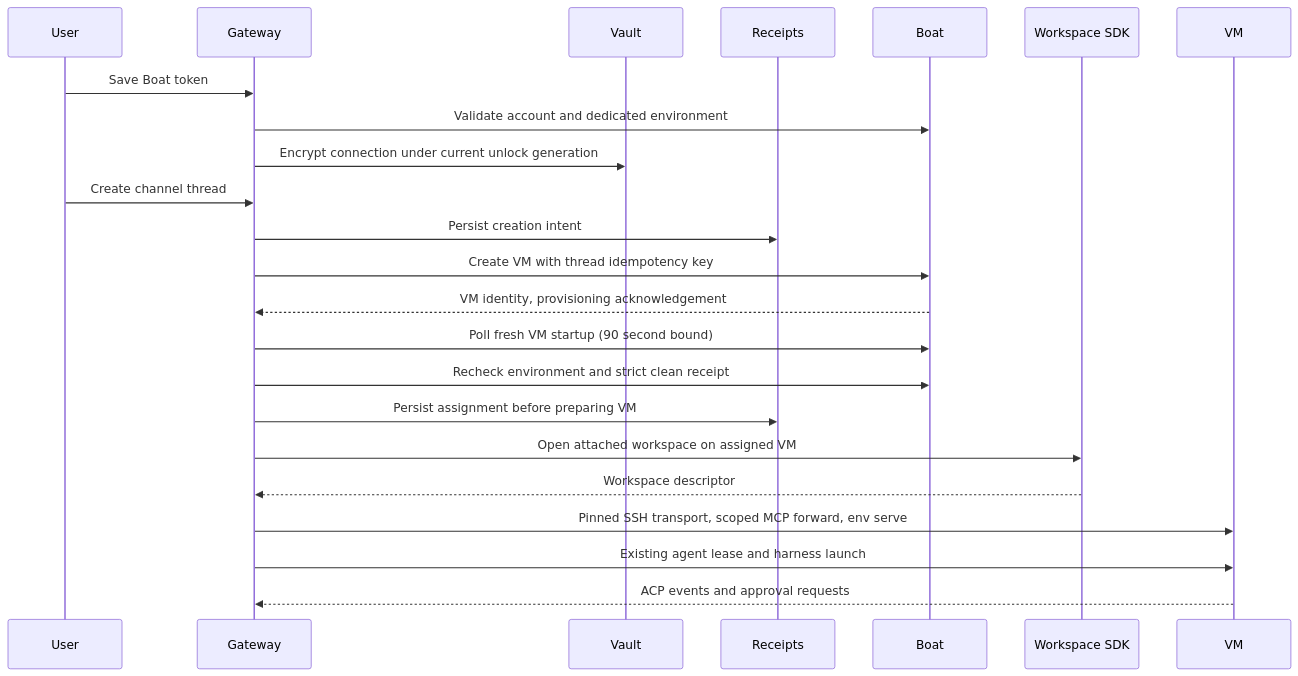
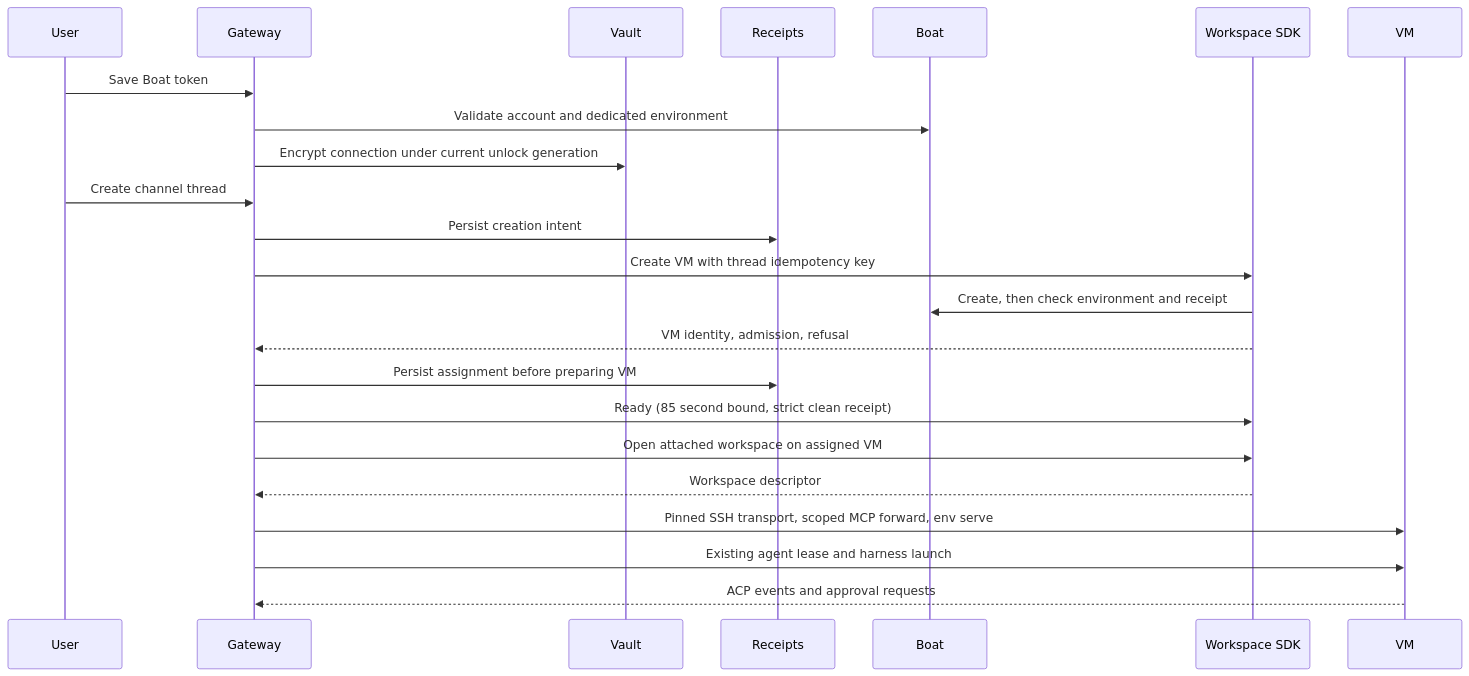
The first of 2 diagrams in docs/adr/todo/1160-boat-workspaces.md (nessalabs/nessa-agent), drawn with Mermaid before and after one commit. The commit also changed other lines of this file and 1 other file, not shown here.

First line of the commit message:
Point the workspace docs at the SDK-owned VM lifecycle

````diff
--- a/docs/adr/todo/1160-boat-workspaces.md
+++ b/docs/adr/todo/1160-boat-workspaces.md
@@ -42,25 +46,25 @@
 ```mermaid
 sequenceDiagram
     participant User
     participant Gateway
     participant Vault
     participant Receipts
     participant Boat
     participant SDK as Workspace SDK
     participant VM
     User->>Gateway: Save Boat token
     Gateway->>Boat: Validate account and dedicated environment
     Gateway->>Vault: Encrypt connection under current unlock generation
     User->>Gateway: Create channel thread
     Gateway->>Receipts: Persist creation intent
-    Gateway->>Boat: Create VM with thread idempotency key
-    Boat-->>Gateway: VM identity, provisioning acknowledgement
-    Gateway->>Boat: Poll fresh VM startup (90 second bound)
-    Gateway->>Boat: Recheck environment and strict clean receipt
+    Gateway->>SDK: Create VM with thread idempotency key
+    SDK->>Boat: Create, then check environment and receipt
+    SDK-->>Gateway: VM identity, admission, refusal
     Gateway->>Receipts: Persist assignment before preparing VM
+    Gateway->>SDK: Ready (85 second bound, strict clean receipt)
     Gateway->>SDK: Open attached workspace on assigned VM
     SDK-->>Gateway: Workspace descriptor
     Gateway->>VM: Pinned SSH transport, scoped MCP forward, env serve
     Gateway->>VM: Existing agent lease and harness launch
     VM-->>Gateway: ACP events and approval requests
 ```
````
